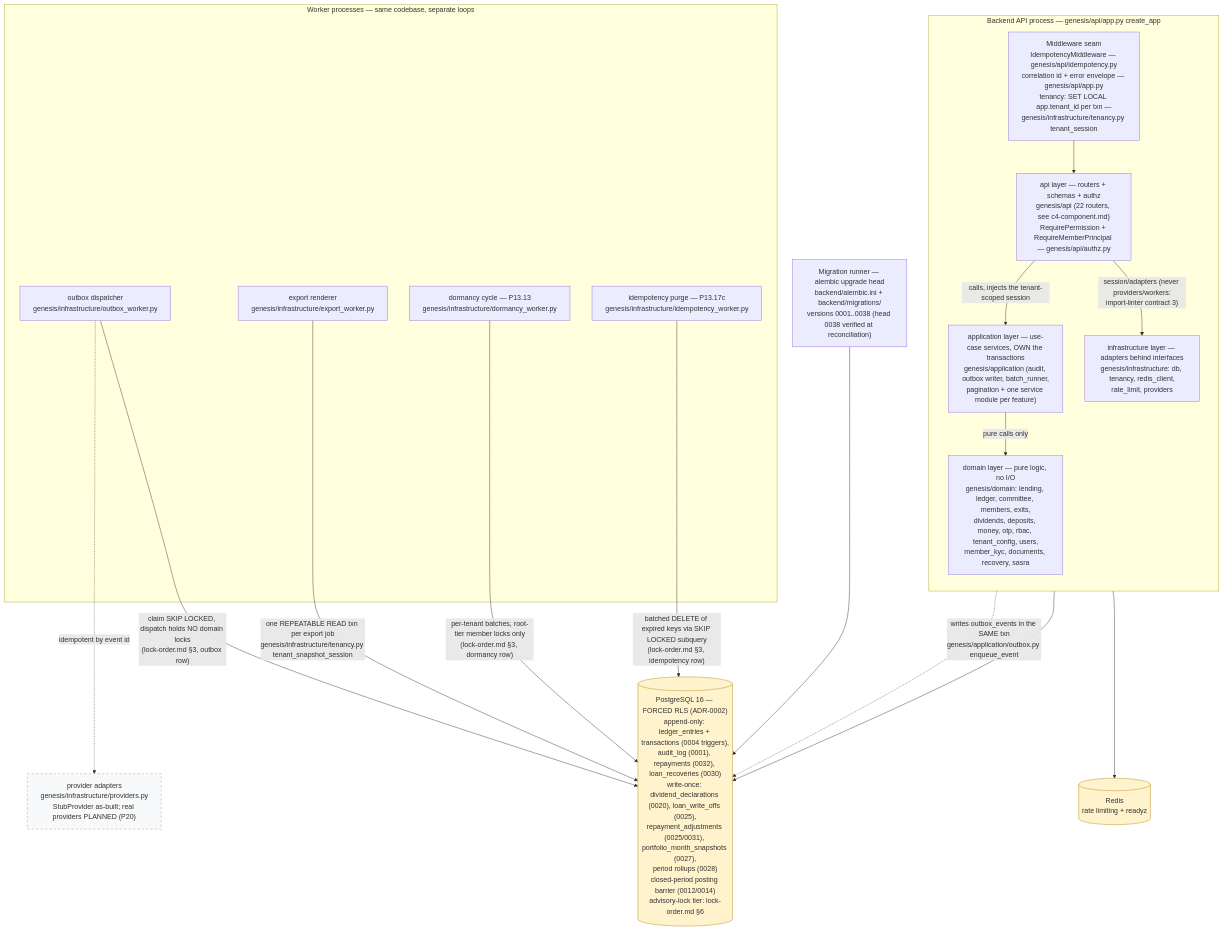
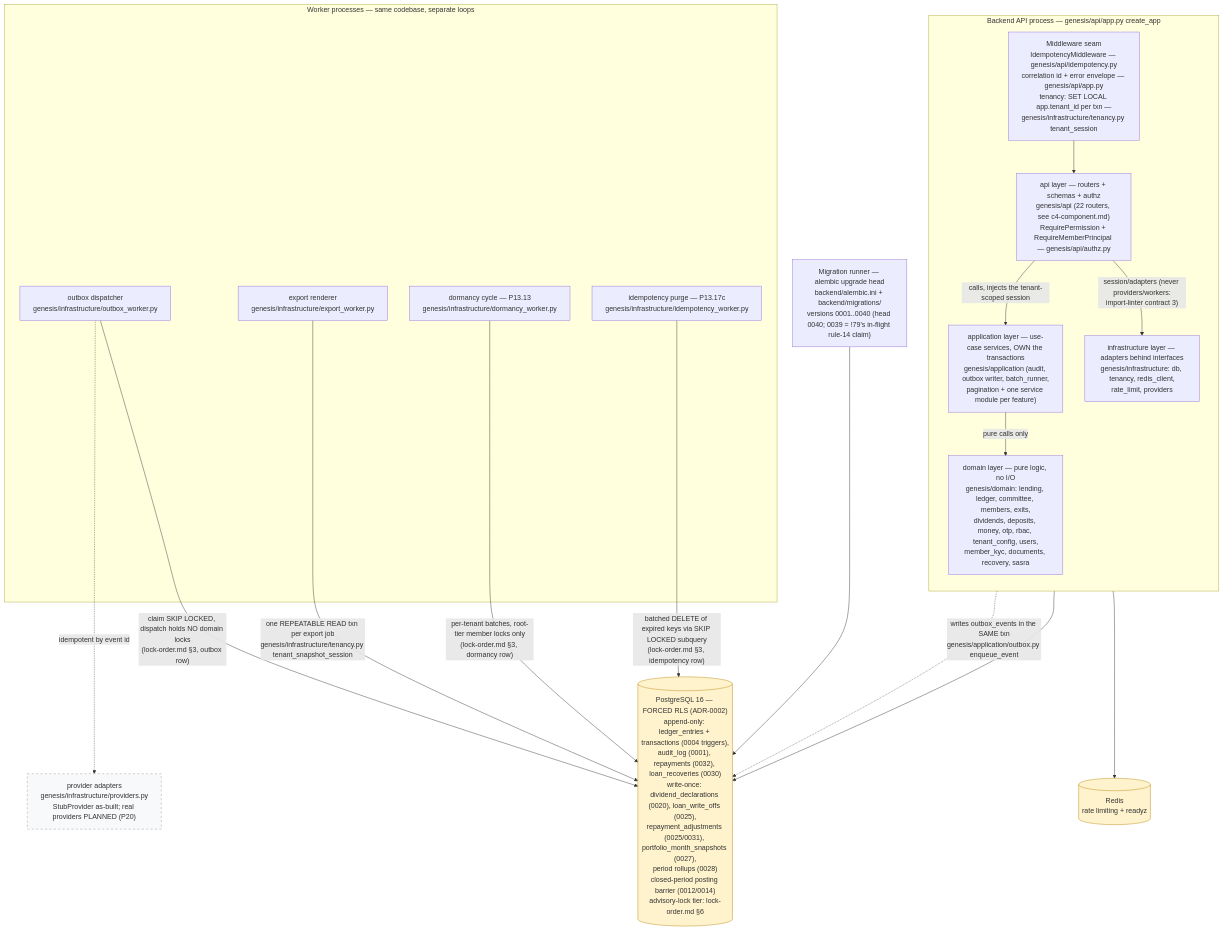
One commit to Benson-Kim/genesis-sacco changed the diagram in docs/diagrams/c4-container.md. Above: the diagram before and after it, drawn with Mermaid. The commit also changed other lines of this file and 2 other files, not shown here.

First line of the commit message:
fix: #31 remediation — restore dropped httpx import (F821) + rule-11 C4 head refresh 0038 -> 0040

````diff
--- a/docs/diagrams/c4-container.md
+++ b/docs/diagrams/c4-container.md
@@ -39,45 +45,45 @@
 ```mermaid
 flowchart TB
     %% Authored against main @ 08541b860f1445b16c342c39b6606d86b9dbeb17
     %% L2 containers — layering per backend/pyproject.toml [tool.importlinter].
 
     subgraph BE["Backend API process — genesis/api/app.py create_app"]
         direction TB
         MW["Middleware seam<br/>IdempotencyMiddleware — genesis/api/idempotency.py<br/>correlation id + error envelope — genesis/api/app.py<br/>tenancy: SET LOCAL app.tenant_id per txn —<br/>genesis/infrastructure/tenancy.py tenant_session"]
         APIL["api layer — routers + schemas + authz<br/>genesis/api (22 routers, see c4-component.md)<br/>RequirePermission + RequireMemberPrincipal — genesis/api/authz.py"]
         APPL["application layer — use-case services, OWN the transactions<br/>genesis/application (audit, outbox writer, batch_runner,<br/>pagination + one service module per feature)"]
         DOM["domain layer — pure logic, no I/O<br/>genesis/domain: lending, ledger, committee, members, exits,<br/>dividends, deposits, money, otp, rbac, tenant_config, users,<br/>member_kyc, documents, recovery, sasra"]
         INF["infrastructure layer — adapters behind interfaces<br/>genesis/infrastructure: db, tenancy, redis_client,<br/>rate_limit, providers"]
         MW --> APIL
         APIL -->|"calls, injects the tenant-scoped session"| APPL
         APPL -->|"pure calls only"| DOM
         APIL -->|"session/adapters (never providers/workers:<br/>import-linter contract 3)"| INF
     end
 
     subgraph WK["Worker processes — same codebase, separate loops"]
         OBW["outbox dispatcher<br/>genesis/infrastructure/outbox_worker.py"]
         EXW["export renderer<br/>genesis/infrastructure/export_worker.py"]
         DMW["dormancy cycle — P13.13<br/>genesis/infrastructure/dormancy_worker.py"]
         IDW["idempotency purge — P13.17c<br/>genesis/infrastructure/idempotency_worker.py"]
     end
 
-    MIG["Migration runner — alembic upgrade head<br/>backend/alembic.ini + backend/migrations/<br/>versions 0001..0038 (head 0038 verified at reconciliation)"]
+    MIG["Migration runner — alembic upgrade head<br/>backend/alembic.ini + backend/migrations/<br/>versions 0001..0040 (head 0040; 0039 = !79's in-flight rule-14 claim)"]
 
     PG[("PostgreSQL 16 — FORCED RLS (ADR-0002)<br/>append-only: ledger_entries + transactions (0004 triggers),<br/>audit_log (0001), repayments (0032), loan_recoveries (0030)<br/>write-once: dividend_declarations (0020), loan_write_offs (0025),<br/>repayment_adjustments (0025/0031), portfolio_month_snapshots (0027),<br/>period rollups (0028)<br/>closed-period posting barrier (0012/0014)<br/>advisory-lock tier: lock-order.md §6")]
     RD[("Redis<br/>rate limiting + readyz")]
 
     APPL -.->|"writes outbox_events in the SAME txn<br/>genesis/application/outbox.py enqueue_event"| PG
     INF --> PG
     INF --> RD
     OBW -->|"claim SKIP LOCKED, dispatch holds NO domain locks<br/>(lock-order.md §3, outbox row)"| PG
     EXW -->|"one REPEATABLE READ txn per export job<br/>genesis/infrastructure/tenancy.py tenant_snapshot_session"| PG
     DMW -->|"per-tenant batches, root-tier member locks only<br/>(lock-order.md §3, dormancy row)"| PG
     IDW -->|"batched DELETE of expired keys via SKIP LOCKED subquery<br/>(lock-order.md §3, idempotency row)"| PG
     OBW -.->|"idempotent by event id"| PROV["provider adapters<br/>genesis/infrastructure/providers.py<br/>StubProvider as-built; real providers PLANNED (P20)"]
     MIG --> PG
 
     classDef store fill:#fff3cd,stroke:#b8860b;
     class PG,RD store;
     classDef planned fill:#f8f9fa,stroke:#999,stroke-dasharray: 5 5;
     class PROV planned;
 ```
````
